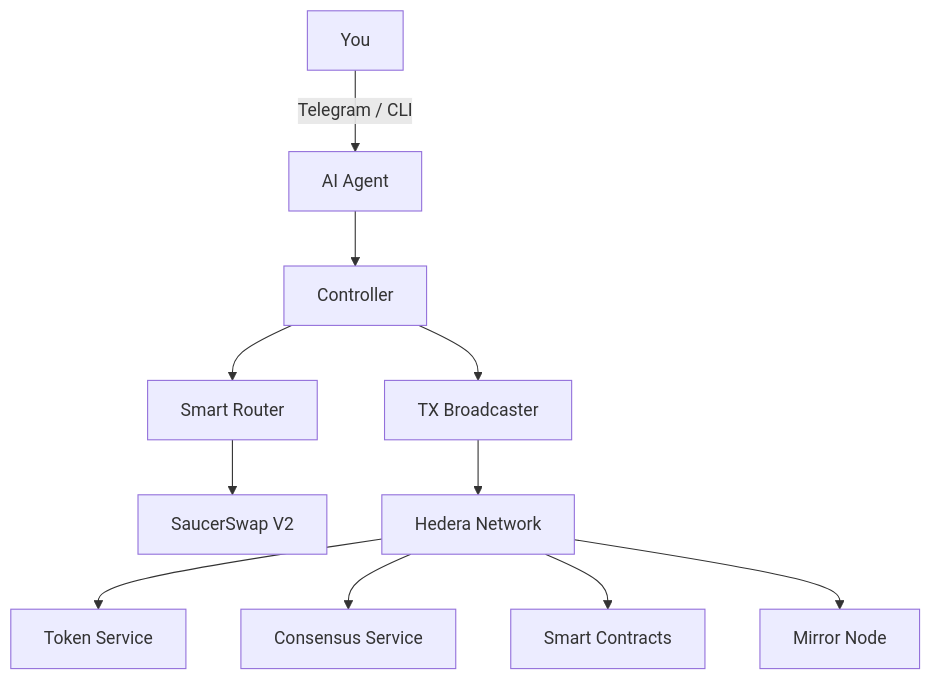
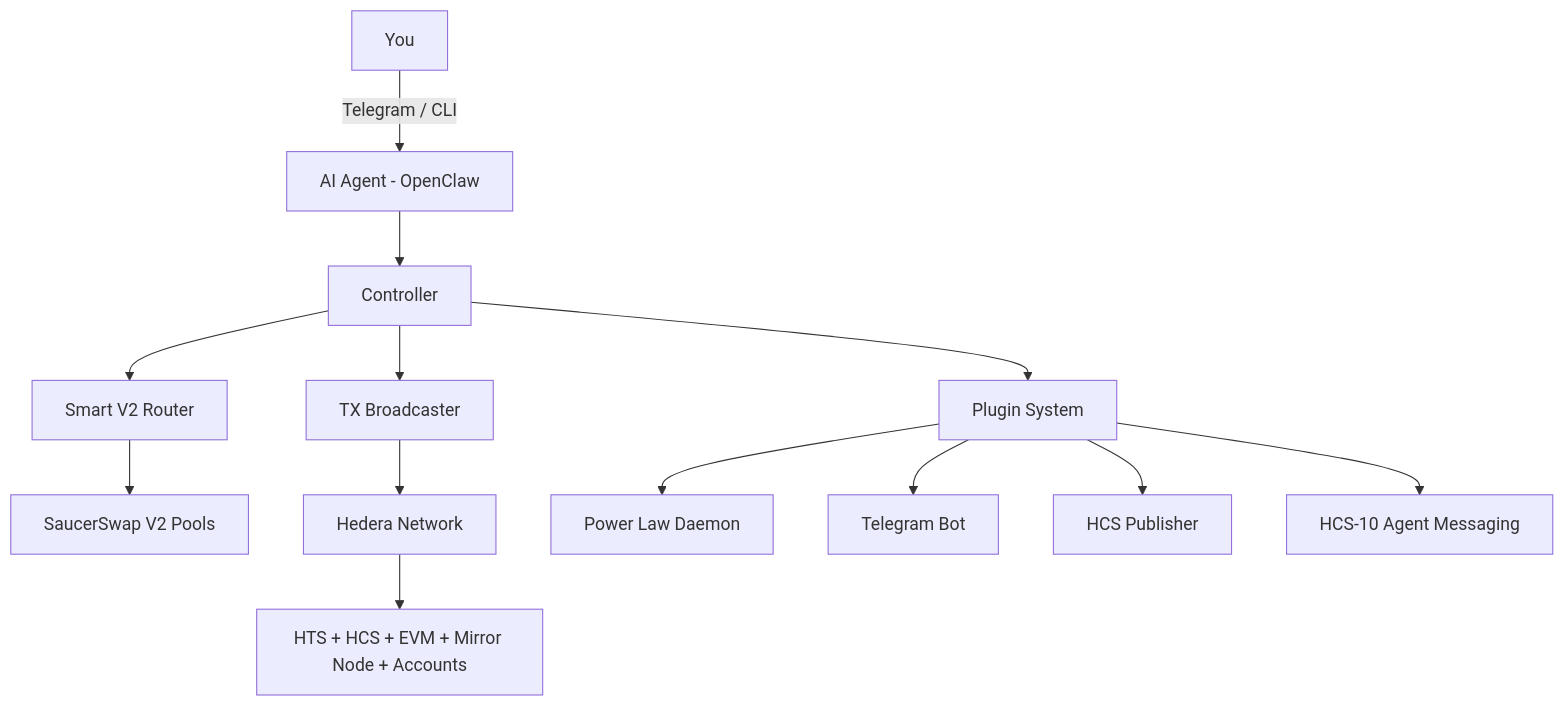
Before and after one commit to Chris0x88/spacelord: the diagram in README.md, drawn with Mermaid. The commit also changed other lines of this file and 26 other files, not shown here.

````diff
--- a/README.md
+++ b/README.md
@@ -69,13 +75,15 @@
 ```mermaid
 graph TD
-    User[You] -->|Telegram / CLI| Agent[AI Agent]
-    Agent --> Controller
-    Controller --> Router[Smart Router]
+    User[You] -->|Telegram / CLI| Agent[AI Agent - OpenClaw]
+    Agent --> Controller[Controller]
+    Controller --> Router[Smart V2 Router]
     Controller --> Executor[TX Broadcaster]
-    Router --> SaucerSwap[SaucerSwap V2]
+    Controller --> Plugins[Plugin System]
+    Router --> SS[SaucerSwap V2 Pools]
     Executor --> Hedera[Hedera Network]
-    Hedera --> HTS[Token Service]
-    Hedera --> HCS[Consensus Service]
-    Hedera --> EVM[Smart Contracts]
-    Hedera --> Mirror[Mirror Node]
+    Plugins --> PL[Power Law Daemon]
+    Plugins --> TG[Telegram Bot]
+    Plugins --> HCS[HCS Publisher]
+    Plugins --> HCS10[HCS-10 Agent Messaging]
+    Hedera --> Services[HTS + HCS + EVM + Mirror Node + Accounts]
 ```
````
